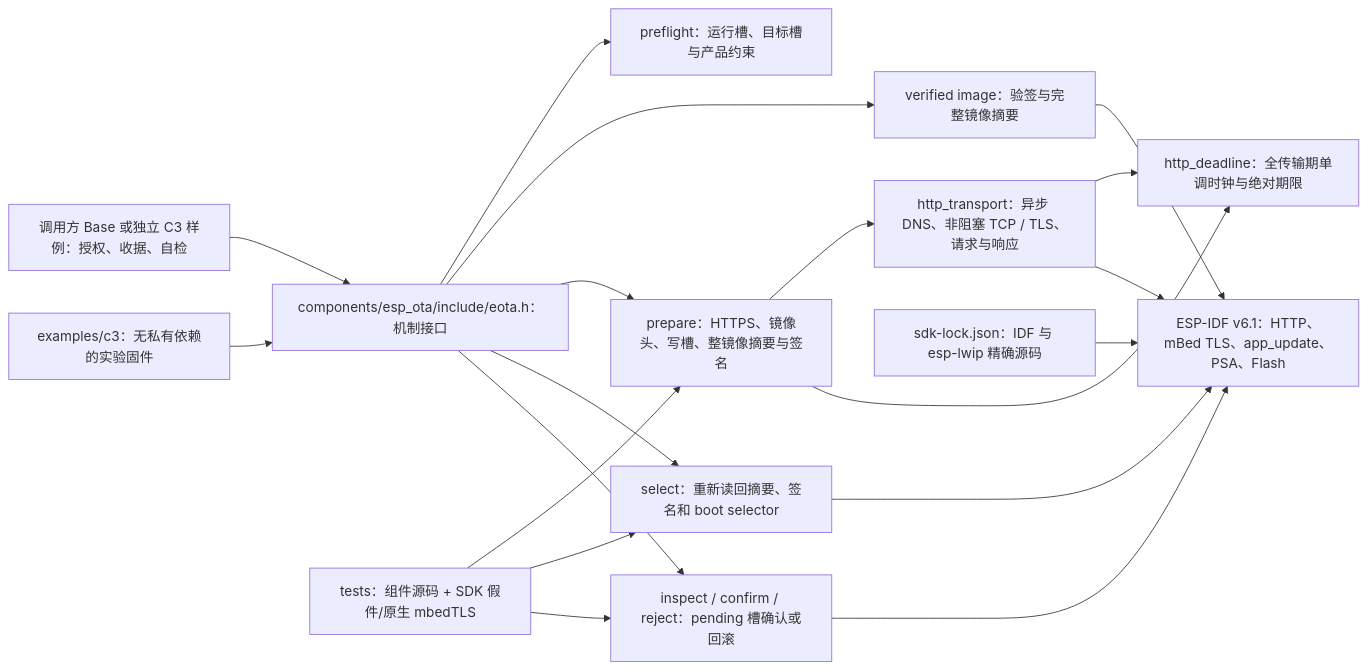
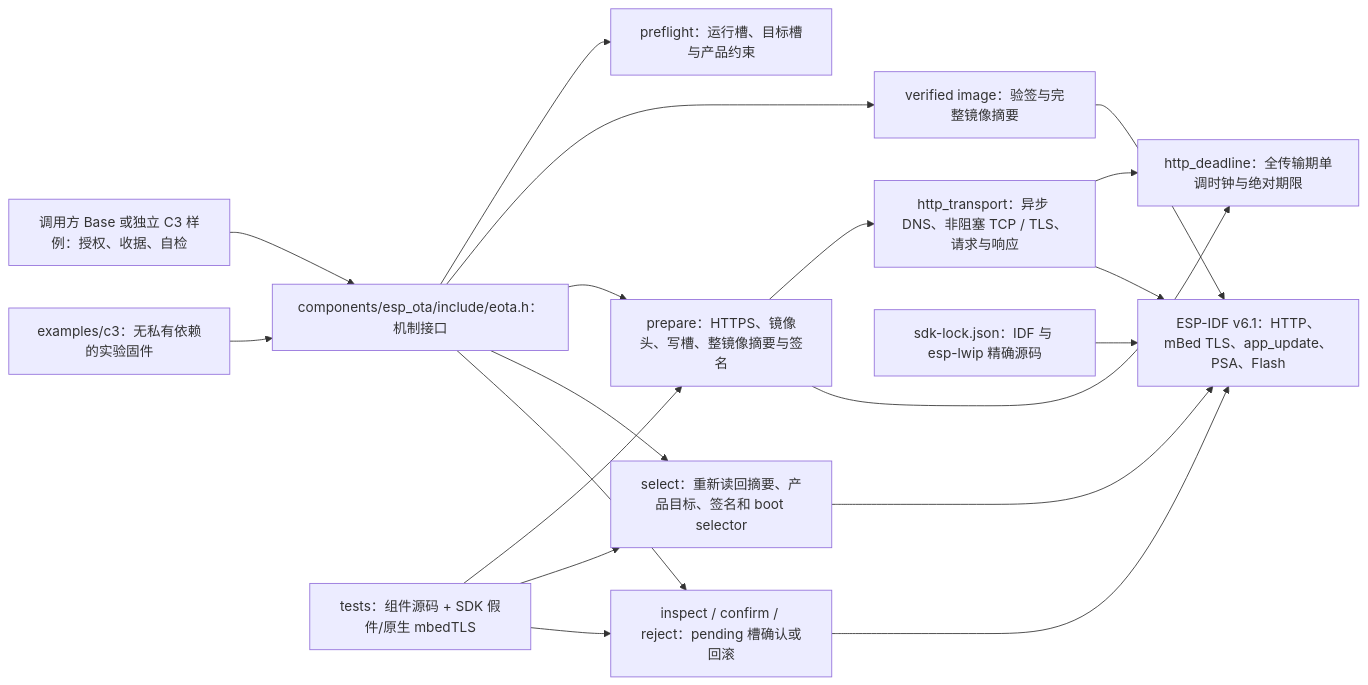
The diagram in README.md (darren-you/esp-ota), drawn with Mermaid before and after one commit. The commit also changed other lines of this file and 7 other files, not shown here.

````diff
--- a/README.md
+++ b/README.md
@@ -7,21 +7,21 @@
 ```mermaid
 flowchart LR
     app["调用方 Base 或独立 C3 样例：授权、收据、自检"] --> api["components/esp_ota/include/eota.h：机制接口"]
     api --> preflight["preflight：运行槽、目标槽与产品约束"]
     api --> identity["verified image：验签与完整镜像摘要"]
     api --> prepare["prepare：HTTPS、镜像头、写槽、整镜像摘要与签名"]
-    api --> select["select：重新读回摘要、签名和 boot selector"]
+    api --> select["select：重新读回摘要、产品目标、签名和 boot selector"]
     api --> confirm["inspect / confirm / reject：pending 槽确认或回滚"]
     prepare --> transport["http_transport：异步 DNS、非阻塞 TCP / TLS、请求与响应"]
     prepare --> deadline
     transport --> deadline["http_deadline：全传输期单调时钟与绝对期限"]
     transport --> sdk["ESP-IDF v6.1：HTTP、mBed TLS、app_update、PSA、Flash"]
     identity --> sdk
     select --> sdk
     confirm --> sdk
     lock["sdk-lock.json：IDF 与 esp-lwip 精确源码"] --> sdk
     host["tests：组件源码 + SDK 假件/原生 mbedTLS"] --> prepare
     host --> select
     host --> confirm
     sample["examples/c3：无私有依赖的实验固件"] --> api
 ```
````
